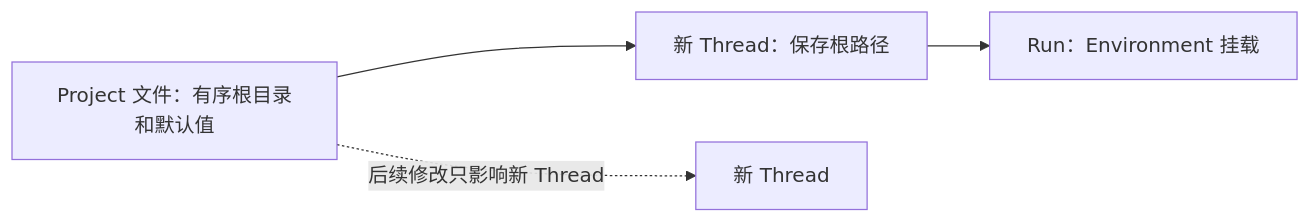
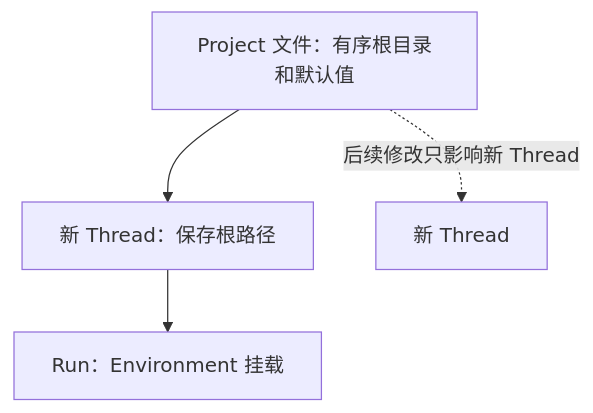
Before and after one commit to converge-ai-labs/agent-foundation: the diagram in docs/a13n-harness-ui/environments-and-projects.zh-CN.md, drawn with Mermaid. The commit also changed 53 other files, not shown here.

First line of the commit message:
feat(docs): add core diagrams and color-code code, callouts, and diagrams

````diff
--- a/docs/a13n-harness-ui/environments-and-projects.zh-CN.md
+++ b/docs/a13n-harness-ui/environments-and-projects.zh-CN.md
@@ -24,6 +24,9 @@
 ```mermaid
-flowchart LR
+flowchart TB
     P[Project 文件：有序根目录和默认值] --> T[新 Thread：保存根路径]
     T --> R[Run：Environment 挂载]
     P -. 后续修改只影响新 Thread .-> N[新 Thread]
+
+    class P store
+    class T,R,N a13n
 ```
````
